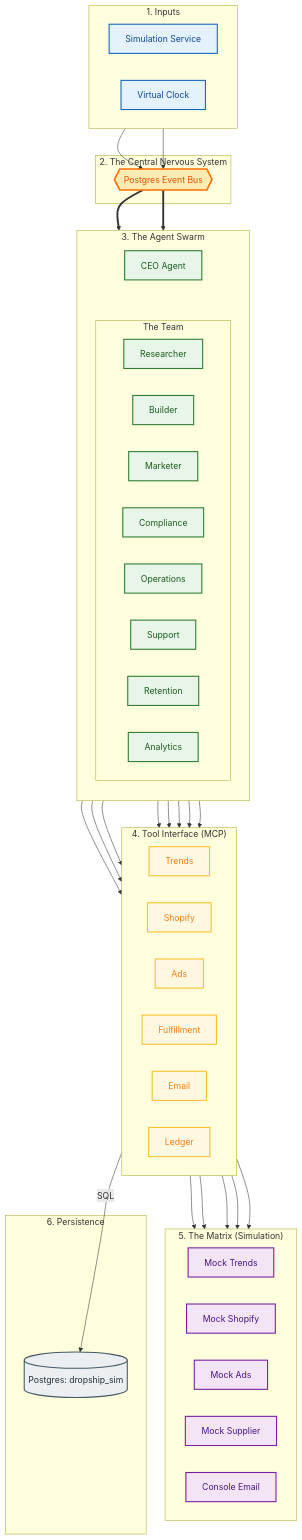
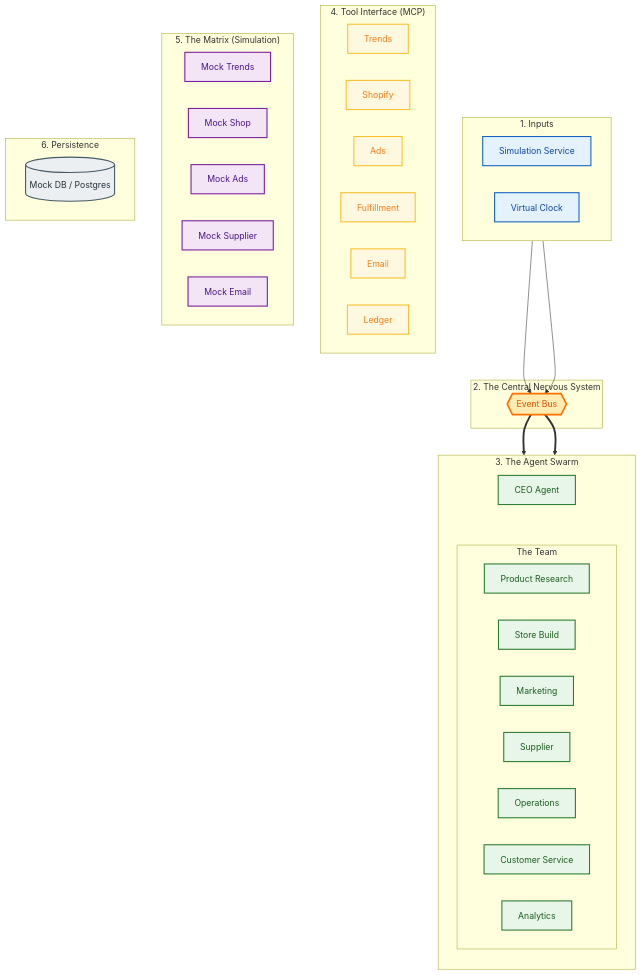
Before and after one commit to andylelli/ds1: the diagram in Documentation/Reference/ENVIRONMENT_SIMULATION_V_LIVE.md, drawn with Mermaid. The commit also changed other lines of this file and 74 other files, not shown here.

````diff
--- a/Documentation/Reference/ENVIRONMENT_SIMULATION_V_LIVE.md
+++ b/Documentation/Reference/ENVIRONMENT_SIMULATION_V_LIVE.md
@@ -41,7 +43,7 @@
 
   %% --- 2. BUS ---
   subgraph Central ["2. The Central Nervous System"]
-    Bus{{Postgres Event Bus}}:::hub
+    Bus{{Event Bus}}:::hub
   end
 
   %% --- 3. SWARM ---
@@ -51,13 +53,12 @@
     
     subgraph Team ["The Team"]
       direction LR
-      Researcher[Researcher]:::agent
-      Builder[Builder]:::agent
-      Marketer[Marketer]:::agent
-      Compliance[Compliance]:::agent
+      Researcher[Product Research]:::agent
+      Builder[Store Build]:::agent
+      Marketer[Marketing]:::agent
+      Supplier[Supplier]:::agent
       Ops[Operations]:::agent
-      CS[Support]:::agent
-      Retention[Retention]:::agent
+      CS[Customer Service]:::agent
       Analytics[Analytics]:::agent
     end
   end
@@ -77,15 +78,15 @@
   subgraph Mocks ["5. The Matrix (Simulation)"]
     direction LR
     MockTrends[Mock Trends]:::mock
-    MockShop[Mock Shopify]:::mock
+    MockShop[Mock Shop]:::mock
     MockAds[Mock Ads]:::mock
     MockSupplier[Mock Supplier]:::mock
-    MockEmail[Console Email]:::mock
+    MockEmail[Mock Email]:::mock
   end
 
   %% --- 6. DATA ---
   subgraph Data ["6. Persistence"]
-    DB[(Postgres: dropship_sim)]:::db
+    DB[(Mock DB / Postgres)]:::db
   end
 
   %% Wiring: Inputs -> Bus
@@ -96,27 +97,5 @@
   Bus ==> Team
 
   %% Visual Hierarchy: Center CEO above Team
-  CEO ~~~ Compliance
   CEO ~~~ Ops
-
-  %% Agent -> Tool Connections (Optimized for no crossing)
-  Researcher --> TrendsTool
-  Builder --> ShopTool
-  Marketer --> AdsTool
-  Compliance --> AdsTool
-  Ops --> FulfillTool
-  CS --> EmailTool
-  Retention --> EmailTool
-  Analytics --> LedgerTool
-
-  %% Mock Connections
-  TrendsTool --> MockTrends
-  ShopTool --> MockShop
-  AdsTool --> MockAds
-  FulfillTool --> MockSupplier
-  EmailTool --> MockEmail
-  
-  %% Data
-  CEO ~~~ DB
-  LedgerTool -->|SQL| DB
 ```
````
